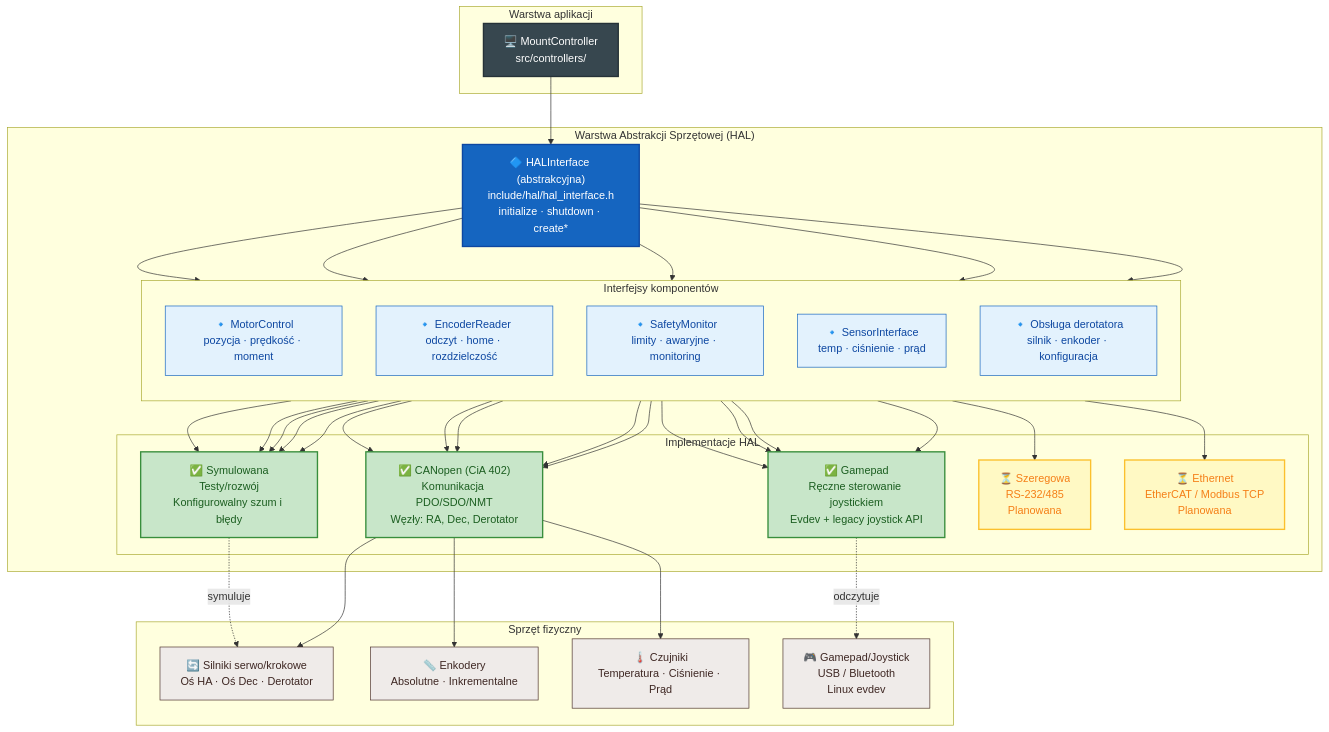
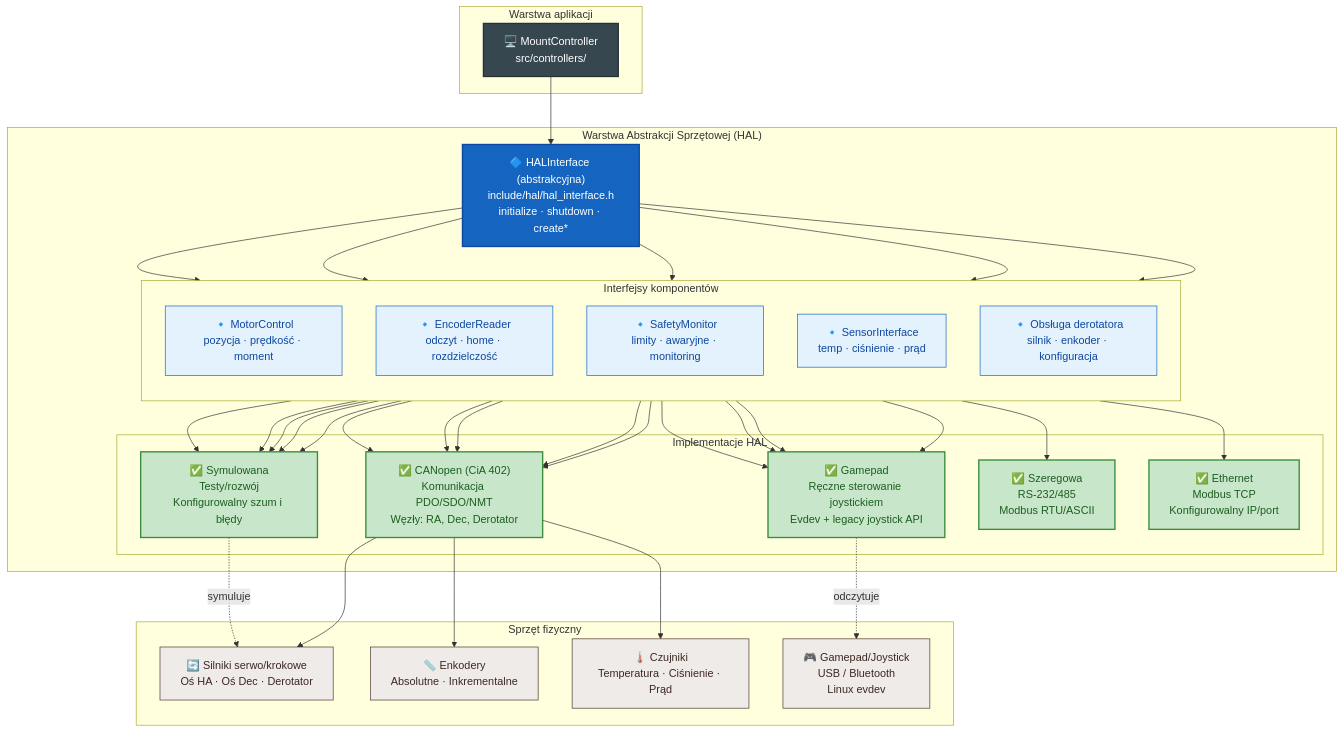
The first of 3 diagrams in docs/pl/hal_layer.md (pielaszkiewicz-jacek/astro_mount_control), drawn with Mermaid before and after one commit. The commit also changed other lines of this file and 58 other files, not shown here.

````diff
--- a/docs/pl/hal_layer.md
+++ b/docs/pl/hal_layer.md
@@ -9,58 +9,58 @@
 ```mermaid
 flowchart TB
     %% Style
     classDef controller fill:#37474f,stroke:#263238,color:#ffffff,stroke-width:2px
     classDef interface fill:#1565c0,stroke:#0d47a1,color:#ffffff,stroke-width:2px
     classDef component fill:#e3f2fd,stroke:#1565c0,stroke-width:1px,color:#0d47a1
     classDef impl fill:#e8f5e9,stroke:#388e3c,stroke-width:2px,color:#1b5e20
     classDef done fill:#c8e6c9,stroke:#388e3c,stroke-width:2px,color:#1b5e20
     classDef planned fill:#fff9c4,stroke:#fbc02d,stroke-width:2px,color:#f57f17
     classDef hw fill:#efebe9,stroke:#4e342e,stroke-width:1px,color:#3e2723
 
     subgraph APP["Warstwa aplikacji"]
         MC["🖥️ MountController<br/>src/controllers/"]:::controller
     end
 
     subgraph HAL["Warstwa Abstrakcji Sprzętowej (HAL)"]
         HAL_IF["🔷 HALInterface (abstrakcyjna)<br/>include/hal/hal_interface.h<br/>initialize · shutdown · create*"]:::interface
 
         subgraph COMP["Interfejsy komponentów"]
             direction TB
             MOTOR["🔹 MotorControl<br/>pozycja · prędkość · moment"]:::component
             ENC["🔹 EncoderReader<br/>odczyt · home · rozdzielczość"]:::component
             SAFE["🔹 SafetyMonitor<br/>limity · awaryjne · monitoring"]:::component
             SENS["🔹 SensorInterface<br/>temp · ciśnienie · prąd"]:::component
             DEROT_IF["🔹 Obsługa derotatora<br/>silnik · enkoder · konfiguracja"]:::component
         end
 
         subgraph IMPL["Implementacje HAL"]
             CAN_IMPL["✅ CANopen (CiA 402)<br/>Komunikacja PDO/SDO/NMT<br/>Węzły: RA, Dec, Derotator"]:::done
             SIM_IMPL["✅ Symulowana<br/>Testy/rozwój<br/>Konfigurowalny szum i błędy"]:::done
             GAM_IMPL["✅ Gamepad<br/>Ręczne sterowanie joystickiem<br/>Evdev + legacy joystick API"]:::done
-            SER_IMPL["⏳ Szeregowa<br/>RS-232/485<br/>Planowana"]:::planned
-            ETH_IMPL["⏳ Ethernet<br/>EtherCAT / Modbus TCP<br/>Planowana"]:::planned
+            SER_IMPL["✅ Szeregowa<br/>RS-232/485<br/>Modbus RTU/ASCII"]:::done
+            ETH_IMPL["✅ Ethernet<br/>Modbus TCP<br/>Konfigurowalny IP/port"]:::done
         end
     end
 
     subgraph HW["Sprzęt fizyczny"]
         MOT_HW["🔄 Silniki serwo/krokowe<br/>Oś HA · Oś Dec · Derotator"]:::hw
         ENC_HW["📏 Enkodery<br/>Absolutne · Inkrementalne"]:::hw
         SENS_HW["🌡️ Czujniki<br/>Temperatura · Ciśnienie · Prąd"]:::hw
         GAM_HW["🎮 Gamepad/Joystick<br/>USB / Bluetooth<br/>Linux evdev"]:::hw
     end
 
     MC --> HAL_IF
     HAL_IF --> MOTOR
     HAL_IF --> ENC
     HAL_IF --> SAFE
     HAL_IF --> SENS
     HAL_IF --> DEROT_IF
     MOTOR --> CAN_IMPL & SIM_IMPL & GAM_IMPL & SER_IMPL & ETH_IMPL
     ENC --> CAN_IMPL & SIM_IMPL & GAM_IMPL
     SAFE --> CAN_IMPL & SIM_IMPL & GAM_IMPL
     SENS --> CAN_IMPL & SIM_IMPL & GAM_IMPL
     DEROT_IF --> CAN_IMPL & SIM_IMPL
     CAN_IMPL --> MOT_HW & ENC_HW & SENS_HW
     SIM_IMPL -.->|symuluje| MOT_HW
     GAM_IMPL -.->|odczytuje| GAM_HW
 ```
````
